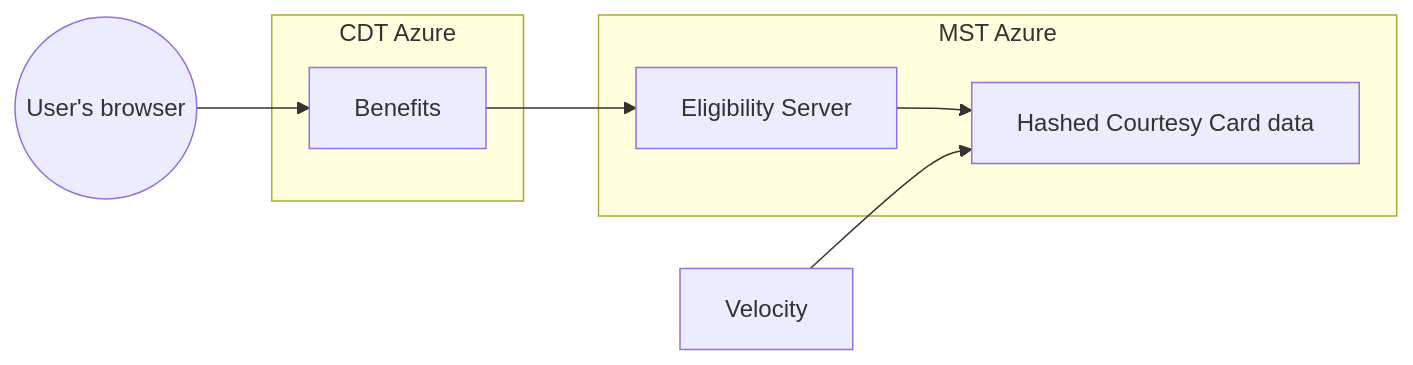
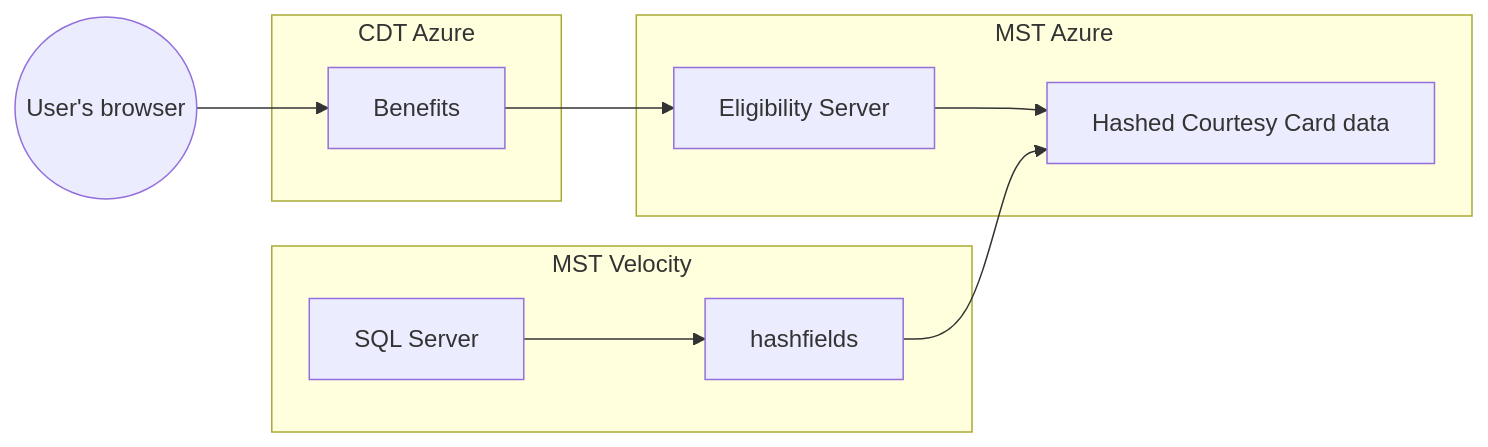
One commit to cal-itp/benefits changed the diagram in docs/use-cases/courtesy-cards.md. Above: the diagram before and after it, drawn with Mermaid.

Commit message:
docs(courtesy-cards): expand Velocity node

````diff
--- a/docs/use-cases/courtesy-cards.md
+++ b/docs/use-cases/courtesy-cards.md
@@ -7,20 +7,25 @@
 ```mermaid
 flowchart LR
     rider((User's browser))
     api[Eligibility Server]
     data[Hashed Courtesy Card data]
+    velocity[SQL Server]
 
     rider --> Benefits
 
     subgraph CDT Azure
         Benefits
     end
 
     Benefits --> api
 
     subgraph MST Azure
         api --> data
     end
+    
+    subgraph MST Velocity
+        velocity --> hashfields
+    end
 
-    Velocity --> data
+    hashfields --> data
 ```
````
